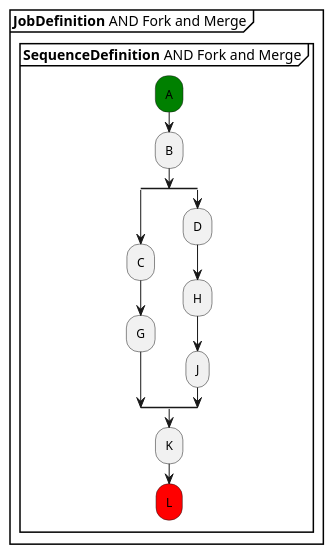
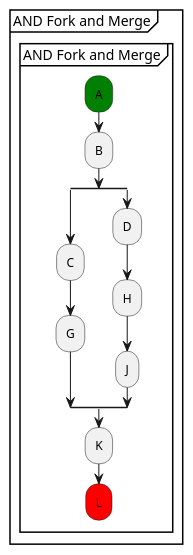
Before and after one commit to xtuml/munin: the diagram in models/SequenceVerificationDataCentric/puml/Tutorial_6.puml, drawn with PlantUML. The commit also changed 21 other files, not shown here.

```diff
--- a/models/SequenceVerificationDataCentric/puml/Tutorial_6.puml
+++ b/models/SequenceVerificationDataCentric/puml/Tutorial_6.puml
@@ -7,19 +7,19 @@
 @startuml 
-partition "**JobDefinition** AND Fork and Merge" {
-group **SequenceDefinition** AND Fork and Merge
-      #green:A;
-      :B;
+partition "AND Fork and Merge" {
+group "AND Fork and Merge"
+  #green:A;
+  :B;
   split
       :C;
       :G;
   split again
       :D;
       :H;
       :J;
   end split   
-      :K;
-      #red:L;
-      detach      
+  :K;
+  #red:L;
+  detach      
 end group
 }      
 @enduml
```
